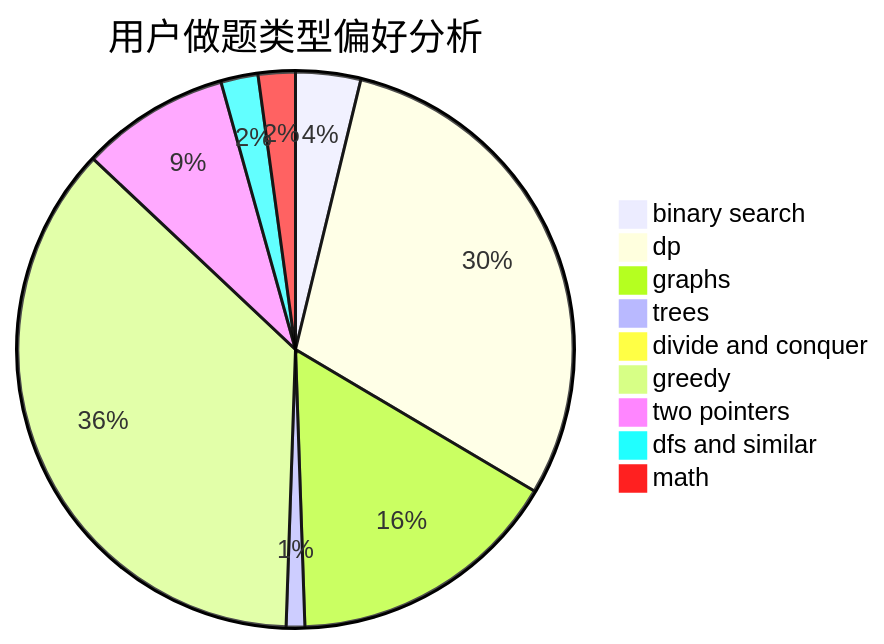
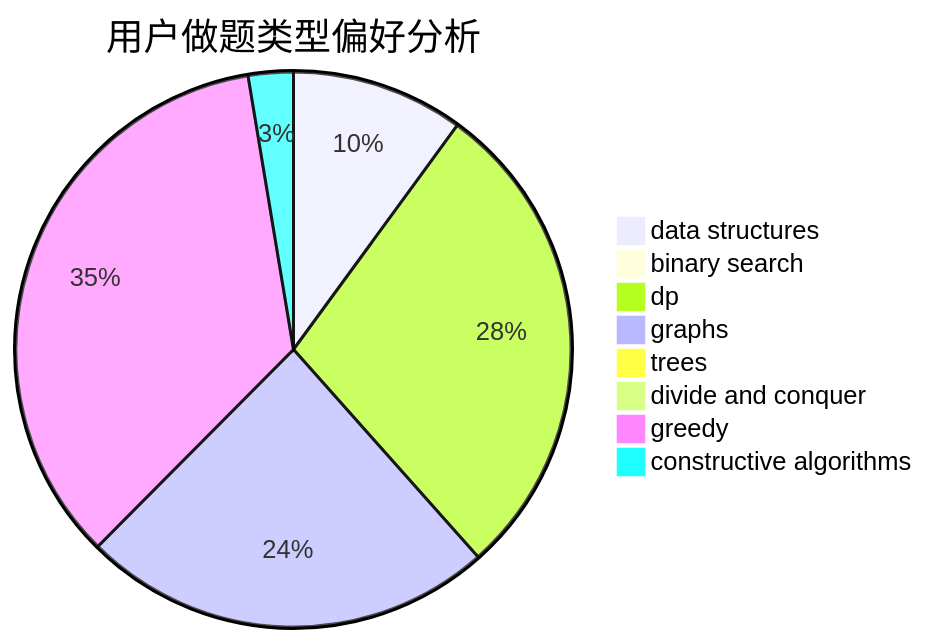
The second of 3 diagrams in docs/user/u545.md (sherpahu/cfrs.github.io), drawn with Mermaid before and after one commit. The commit also changed other lines of this file and 2775 other files, not shown here.

````diff
--- a/docs/user/u545.md
+++ b/docs/user/u545.md
@@ -23,12 +23,11 @@
 ```mermaid
 pie title 用户做题类型偏好分析
-    "binary search" :  14
-    "dp" :  110
-    "graphs" :  59
-    "trees" :  4
+    "data structures" :  23
+    "binary search" :  2
+    "dp" :  65
+    "graphs" :  55
+    "trees" :  0
     "divide and conquer" :  0
-    "greedy" :  135
-    "two pointers" :  32
-    "dfs and similar" :  8
-    "math" :  8
+    "greedy" :  80
+    "constructive algorithms" :  6
 ```
````
